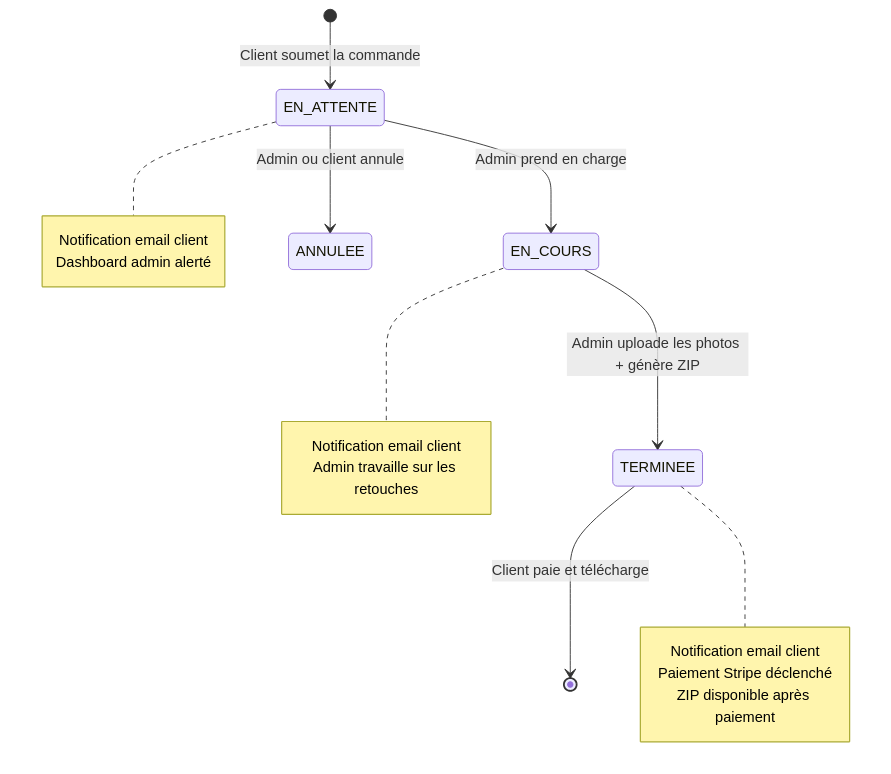
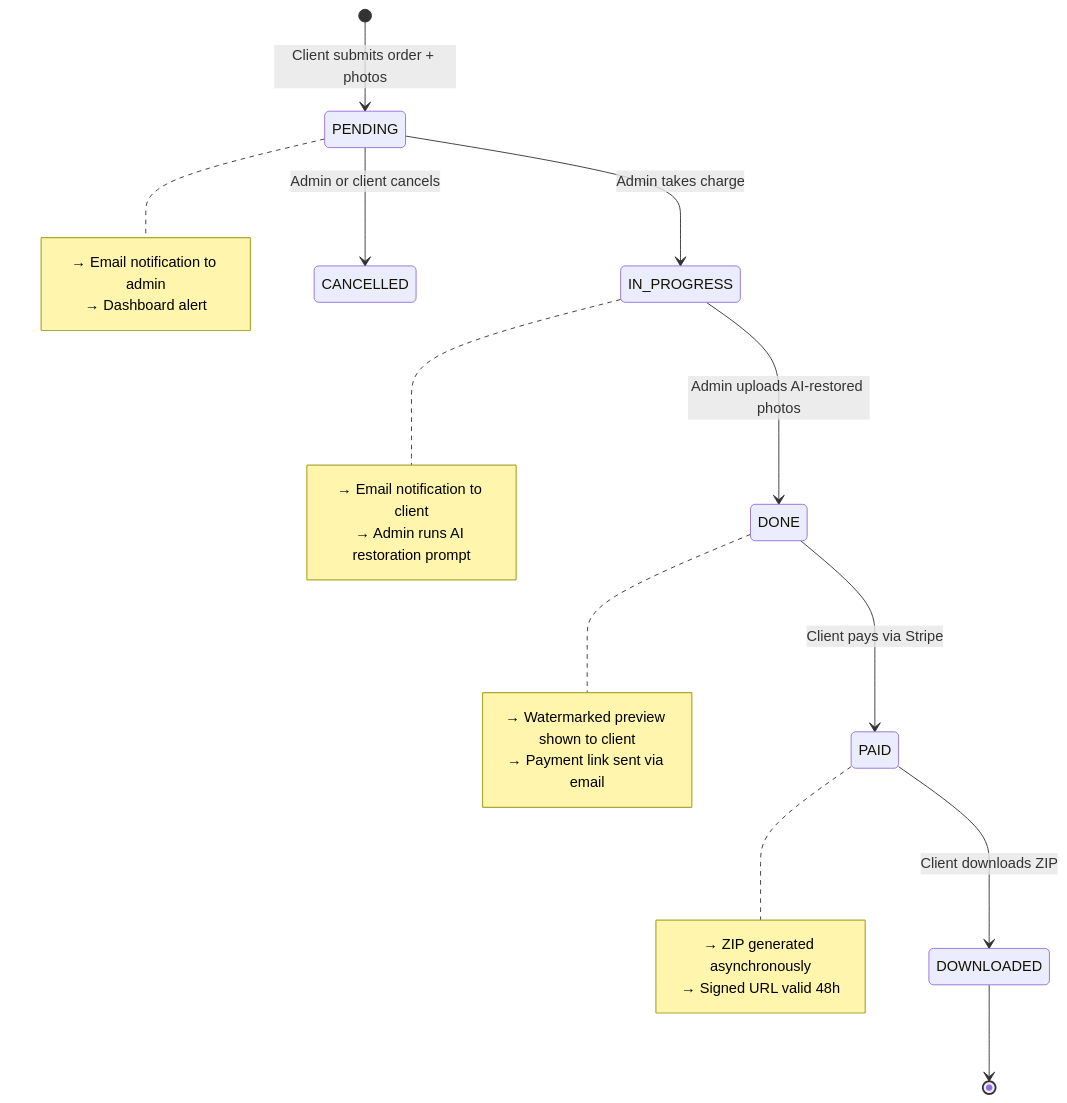
One commit to zyrass/OmnyRestore changed the second of 2 diagrams in README.md. Above: the diagram before and after it, drawn with Mermaid. The commit also changed other lines of this file and 5 other files, not shown here.

First line of the commit message:
docs: add GitHub templates, README and architecture documentation

````diff
--- a/README.md
+++ b/README.md
@@ -224,24 +102,30 @@
 ```mermaid
 stateDiagram-v2
-    [*] --> EN_ATTENTE : Client soumet la commande
-    EN_ATTENTE --> EN_COURS : Admin prend en charge
-    EN_ATTENTE --> ANNULEE : Admin ou client annule
-    EN_COURS --> TERMINEE : Admin uploade les photos + génère ZIP
-    TERMINEE --> [*] : Client paie et télécharge
+    [*] --> PENDING : Client submits order + photos
+    PENDING --> IN_PROGRESS : Admin takes charge
+    PENDING --> CANCELLED : Admin or client cancels
+    IN_PROGRESS --> DONE : Admin uploads AI-restored photos
+    DONE --> PAID : Client pays via Stripe
+    PAID --> DOWNLOADED : Client downloads ZIP
+    DOWNLOADED --> [*]
 
-    note right of EN_ATTENTE
-        Notification email client
-        Dashboard admin alerté
+    note right of PENDING
+        → Email notification to admin
+        → Dashboard alert
     end note
 
-    note right of EN_COURS
-        Notification email client
-        Admin travaille sur les retouches
+    note right of IN_PROGRESS
+        → Email notification to client
+        → Admin runs AI restoration prompt
     end note
 
-    note right of TERMINEE
-        Notification email client
-        Paiement Stripe déclenché
-        ZIP disponible après paiement
+    note right of DONE
+        → Watermarked preview shown to client
+        → Payment link sent via email
+    end note
+
+    note right of PAID
+        → ZIP generated asynchronously
+        → Signed URL valid 48h
     end note
 ```
````
